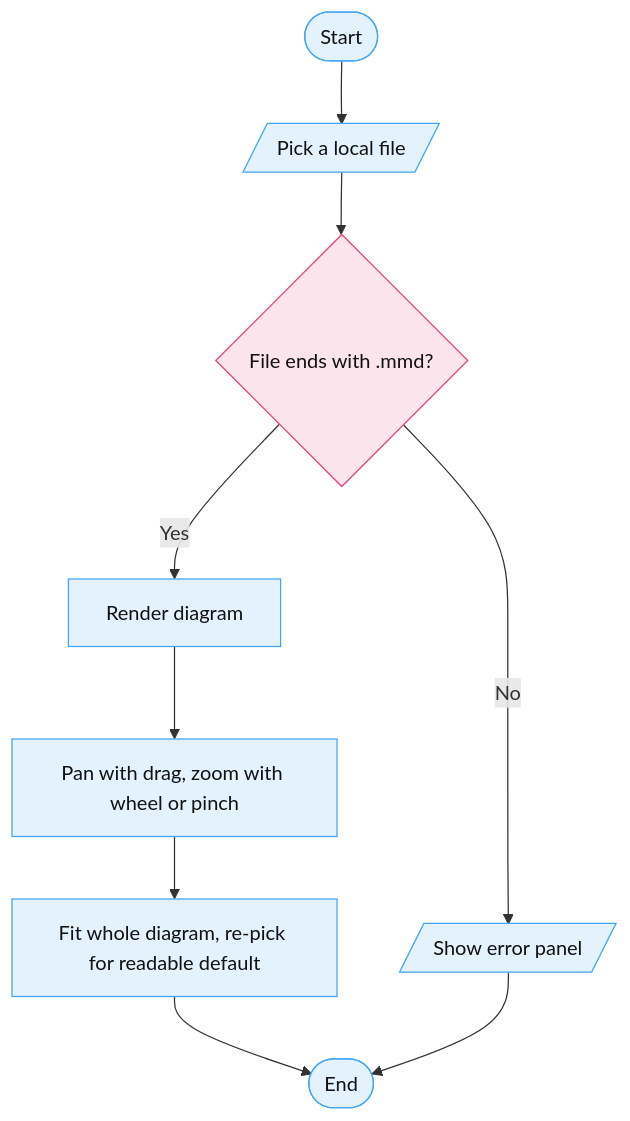
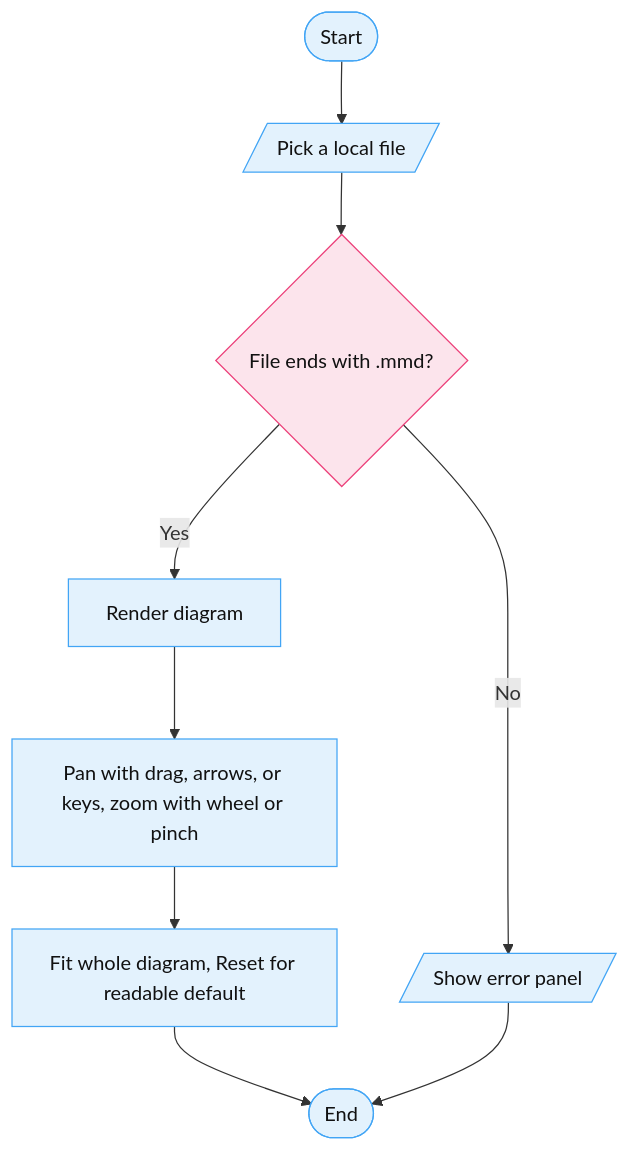
One commit to SANIUL-blackdragon/VECTOR changed the diagram in README.md. Above: the diagram before and after it, drawn with Mermaid. The commit also changed other lines of this file and 2 other files, not shown here.

Commit message:
feat(viewer): full control deck with readout and keys
Header gains pan arrows, live percent readout, Reset to readable
default, 1:1 true size, and Fullscreen, next to the existing zoom
and Fit buttons. Every control keeps a stable hook. Readout updates
on each view apply with polite live region. True size re-anchors
stage center at scale 1 through the tested zoomAt math. Pan steps
120 px through panBy with the existing clamp. Keys mirror buttons:
plus, minus, 0 fit, 1 true size, R reset, F fullscreen, arrows pan,
ignored inside form fields. Fit keeps whole-diagram duty, Reset
returns the text-measured default, so the two jobs never share one
button again. Spec and README list the deck.

Refs #13

````diff
--- a/README.md
+++ b/README.md
@@ -24,22 +24,22 @@
 ```mermaid
 flowchart TD
   S([Start])
   A[/Pick a local file/]
   D{File ends with .mmd?}
   R[Render diagram]
   N[/Show error panel/]
-  P[Pan with drag, zoom with wheel or pinch]
-  V[Fit whole diagram, re-pick for readable default]
+  P[Pan with drag, arrows, or keys, zoom with wheel or pinch]
+  V[Fit whole diagram, Reset for readable default]
   E([End])
   S --> A
   A --> D
   D -->|Yes| R
   D -->|No| N
   R --> P
   P --> V
   V --> E
   N --> E
   classDef soft fill:#E3F2FD,stroke:#42A5F5,color:#111111
   class S,A,R,N,P,V,E soft
   style D fill:#FCE4EC,stroke:#EC407A,color:#111111
 ```
````
